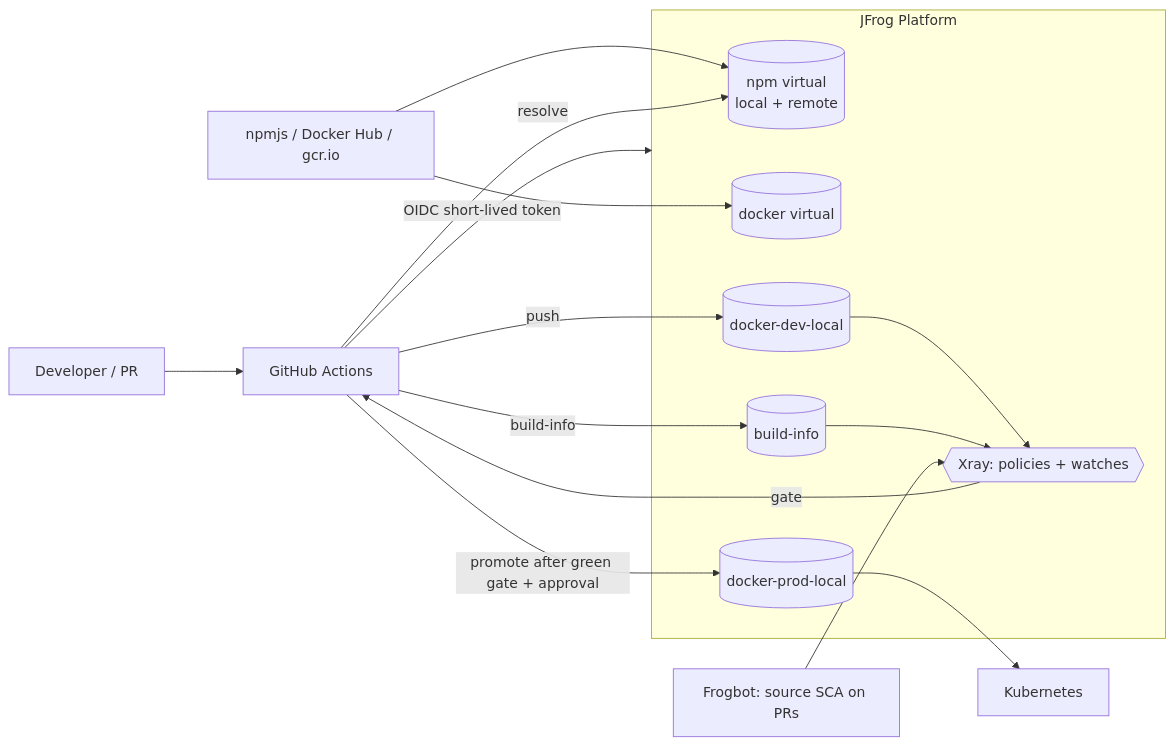
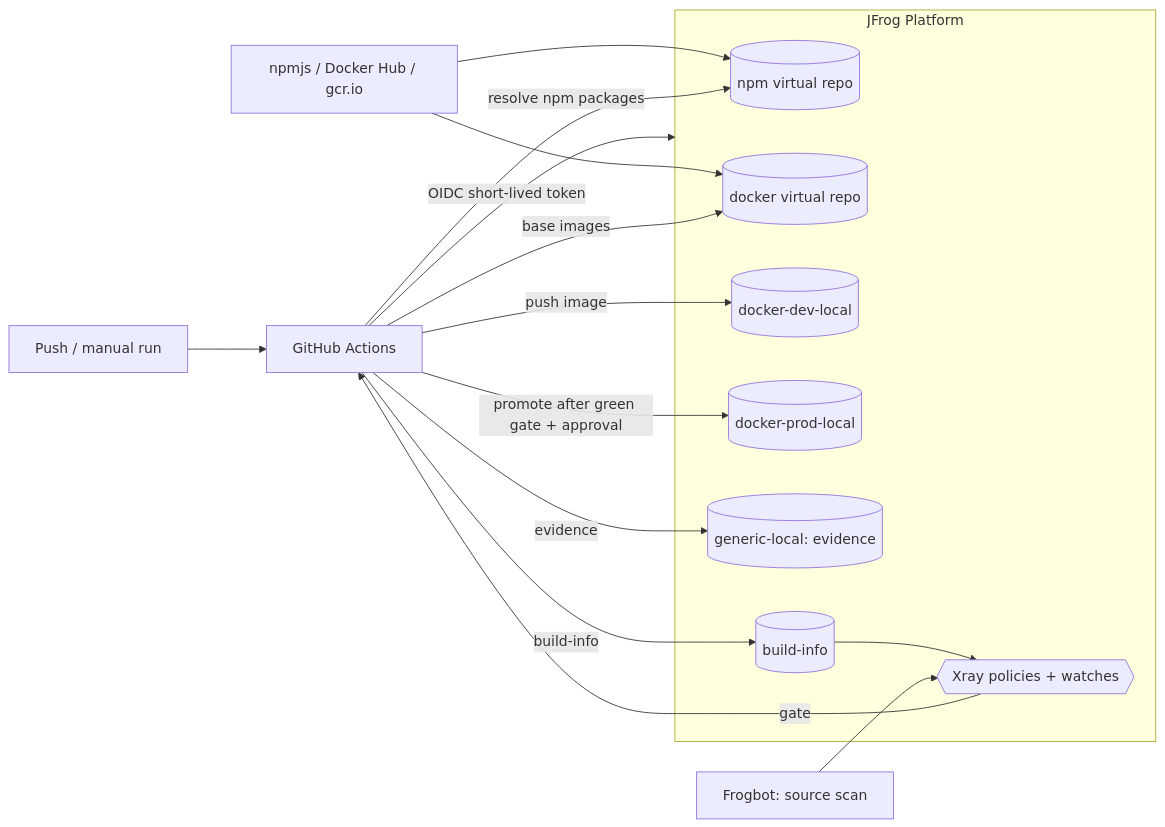
The diagram in README.md (Reymund28593/juice-shop_RJJF), drawn with Mermaid before and after one commit. The commit also changed other lines of this file and 4 other files, not shown here.

Commit message:
Xray SBOM export repair, align repo name and update READMEagain

````diff
--- a/README.md
+++ b/README.md
@@ -11,24 +11,25 @@
 ```mermaid
 flowchart LR
-  Dev[Developer / PR] --> GH[GitHub Actions]
+  Dev[Push / manual run] --> GH[GitHub Actions]
   GH -- OIDC short-lived token --> JF
   subgraph JF[JFrog Platform]
-    NR[(npm virtual\nlocal + remote)]
-    DV[(docker virtual)]
+    NR[(npm virtual repo)]
+    DV[(docker virtual repo)]
     DEV[(docker-dev-local)]
     PROD[(docker-prod-local)]
-    X{{Xray: policies + watches}}
+    GEN[(generic-local: evidence)]
+    X{{Xray policies + watches}}
     BI[(build-info)]
   end
   Reg[npmjs / Docker Hub / gcr.io] --> NR
   Reg --> DV
-  GH -- resolve --> NR
-  GH -- push --> DEV
+  GH -- resolve npm packages --> NR
+  GH -- base images --> DV
+  GH -- push image --> DEV
   GH -- build-info --> BI
-  DEV --> X
   BI --> X
   X -- gate --> GH
+  GH -- evidence --> GEN
   GH -- promote after green gate + approval --> PROD
-  PROD --> K8s[Kubernetes]
-  Frogbot[Frogbot: source SCA on PRs] --> X
+  Frogbot[Frogbot: source scan] --> X
 ```
````
